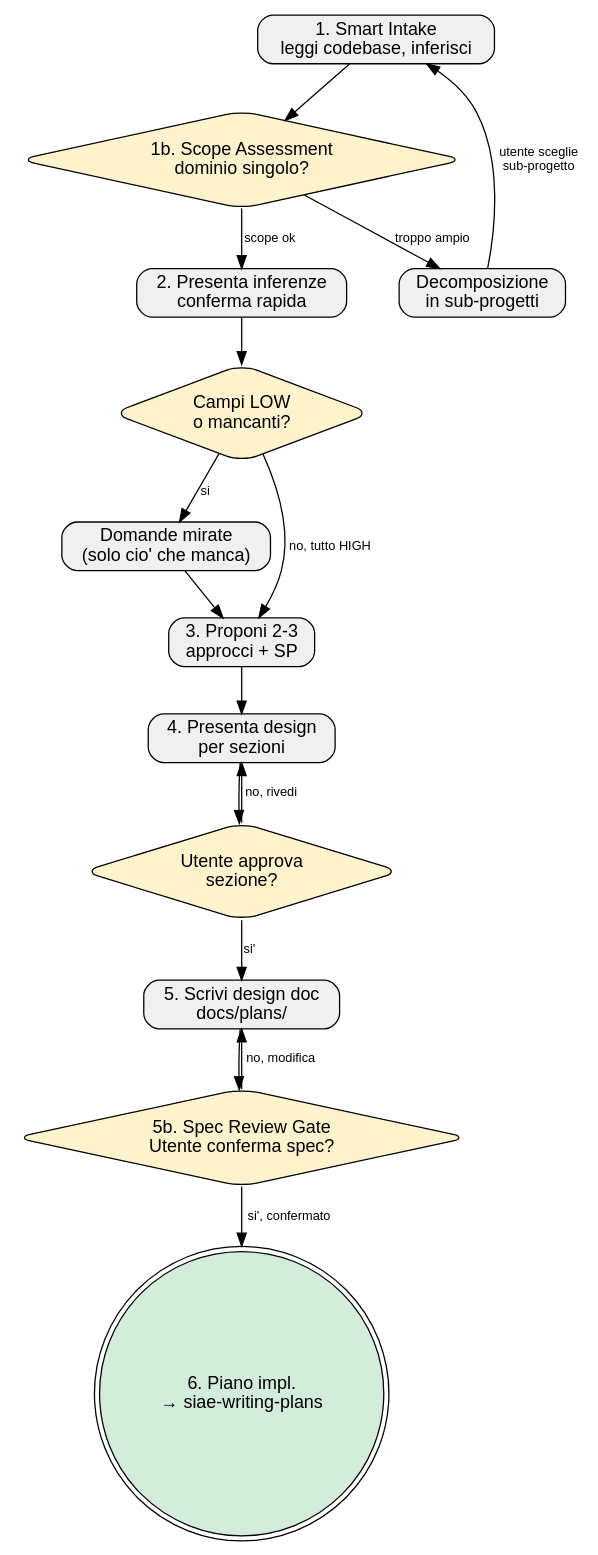
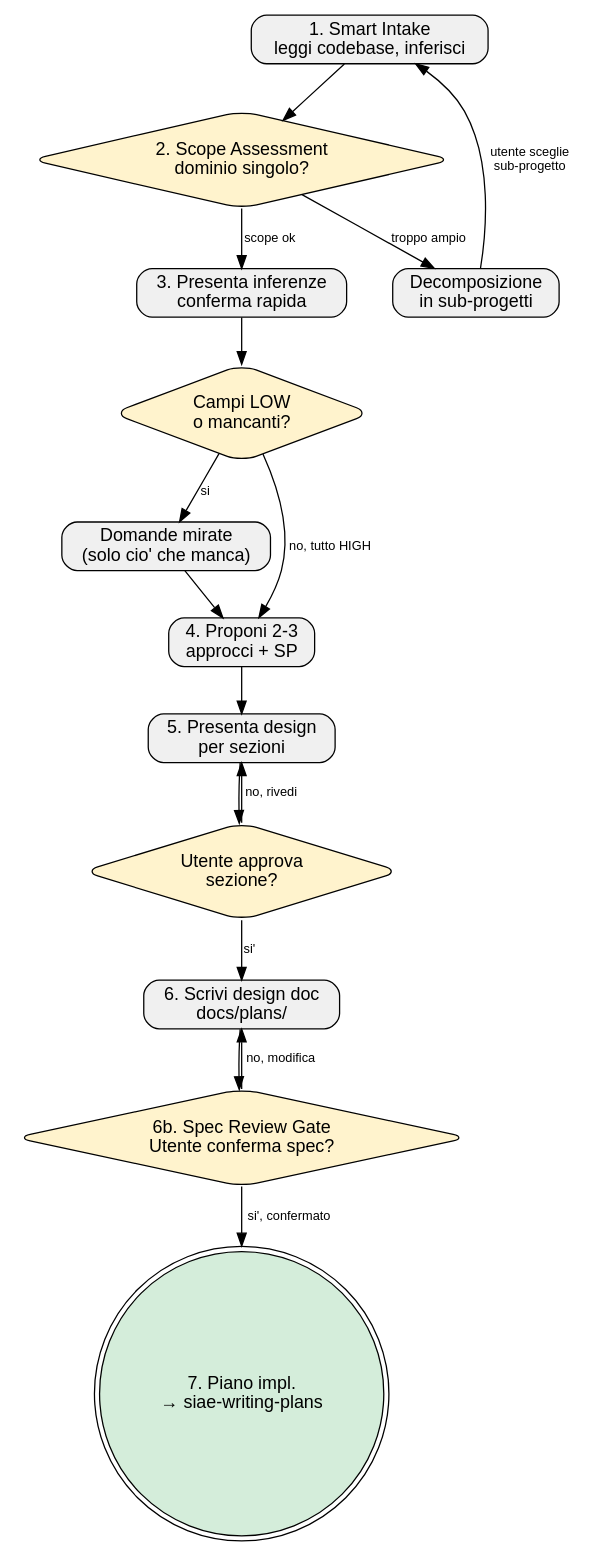
Before and after one commit to itsiae/siae-dev-forge: the diagram in skills/siae-brainstorming/SKILL.md, drawn with Graphviz. The commit also changed other lines of this file and 1 other file, not shown here.

````diff
--- a/skills/siae-brainstorming/SKILL.md
+++ b/skills/siae-brainstorming/SKILL.md
@@ -250,36 +250,36 @@
 ```dot
 digraph brainstorming {
     rankdir=TB;
     node [shape=box, style="rounded,filled", fillcolor="#f0f0f0", fontname="Helvetica"];
     edge [fontname="Helvetica", fontsize=10];
 
     intake [label="1. Smart Intake\nleggi codebase, inferisci"];
-    scope [label="1b. Scope Assessment\ndominio singolo?", shape=diamond, fillcolor="#fff3cd"];
+    scope [label="2. Scope Assessment\ndominio singolo?", shape=diamond, fillcolor="#fff3cd"];
     decompose [label="Decomposizione\nin sub-progetti"];
-    confirm [label="2. Presenta inferenze\nconferma rapida"];
+    confirm [label="3. Presenta inferenze\nconferma rapida"];
     need_questions [label="Campi LOW\no mancanti?", shape=diamond, fillcolor="#fff3cd"];
     ask [label="Domande mirate\n(solo cio' che manca)"];
-    approaches [label="3. Proponi 2-3\napprocci + SP"];
-    design [label="4. Presenta design\nper sezioni"];
+    approaches [label="4. Proponi 2-3\napprocci + SP"];
+    design [label="5. Presenta design\nper sezioni"];
     approve [label="Utente approva\nsezione?", shape=diamond, fillcolor="#fff3cd"];
-    doc [label="5. Scrivi design doc\ndocs/plans/"];
-    spec_gate [label="5b. Spec Review Gate\nUtente conferma spec?", shape=diamond, fillcolor="#fff3cd"];
-    transition [label="6. Piano impl.\n→ siae-writing-plans", shape=doublecircle, fillcolor="#d4edda"];
+    doc [label="6. Scrivi design doc\ndocs/plans/"];
+    spec_gate [label="6b. Spec Review Gate\nUtente conferma spec?", shape=diamond, fillcolor="#fff3cd"];
+    transition [label="7. Piano impl.\n→ siae-writing-plans", shape=doublecircle, fillcolor="#d4edda"];
 
     intake -> scope;
     scope -> decompose [label="troppo ampio"];
     scope -> confirm [label="scope ok"];
     decompose -> intake [label="utente sceglie\nsub-progetto"];
     confirm -> need_questions;
     need_questions -> ask [label="si"];
     need_questions -> approaches [label="no, tutto HIGH"];
     ask -> approaches;
     approaches -> design;
     design -> approve;
     approve -> design [label="no, rivedi"];
     approve -> doc [label="si'"];
     doc -> spec_gate;
     spec_gate -> doc [label="no, modifica"];
     spec_gate -> transition [label="si', confermato"];
 }
 ```
````
